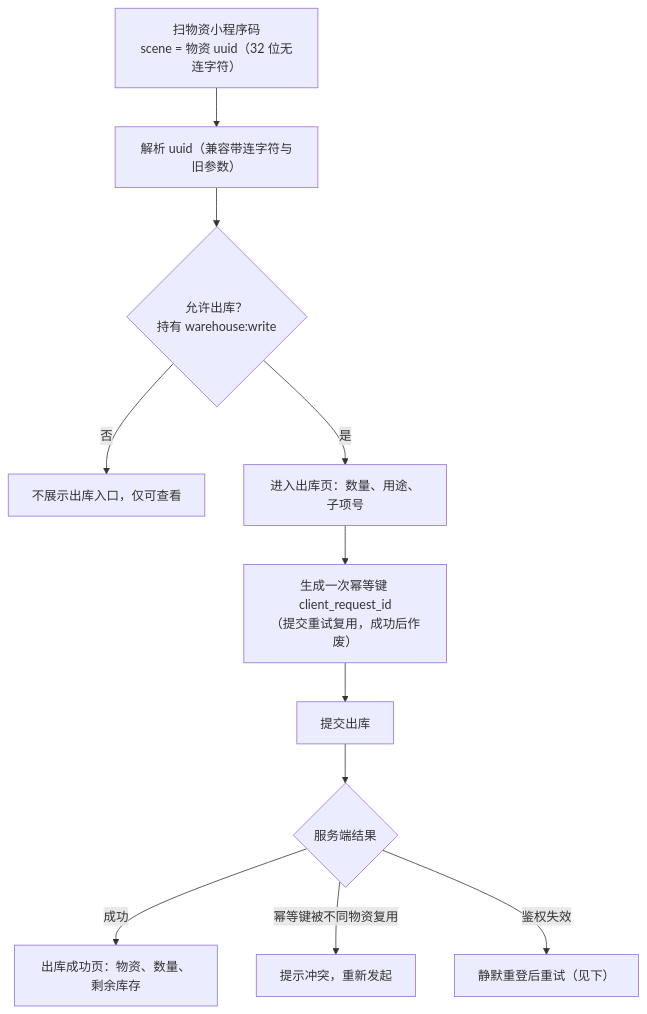
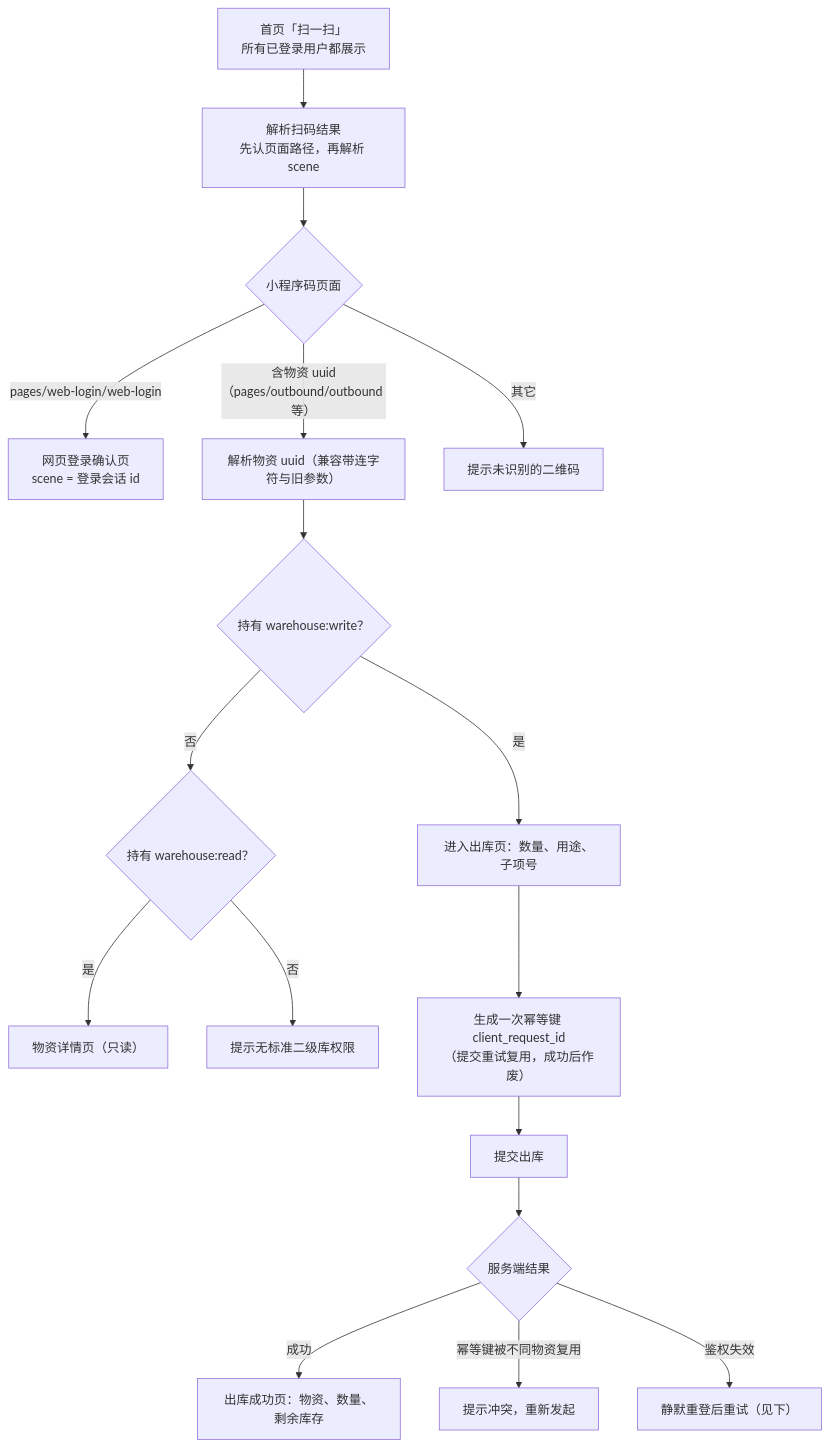
Before and after one commit to Sakana-1314/Electrical-Manager: the seventh of 10 diagrams in docs/websites/pages/dev-architecture.md, drawn with Mermaid. The commit also changed other lines of this file and 10 other files, not shown here.

````diff
--- a/docs/websites/pages/dev-architecture.md
+++ b/docs/websites/pages/dev-architecture.md
@@ -1072,13 +1074,19 @@
 ```mermaid
 flowchart TD
-    A["扫物资小程序码<br/>scene = 物资 uuid（32 位无连字符）"] --> B["解析 uuid（兼容带连字符与旧参数）"]
-    B --> C{"允许出库？<br/>持有 warehouse:write"}
-    C -- "否" --> D["不展示出库入口，仅可查看"]
-    C -- "是" --> E["进入出库页：数量、用途、子项号"]
-    E --> F["生成一次幂等键 client_request_id<br/>（提交重试复用，成功后作废）"]
-    F --> G["提交出库"]
-    G --> H{"服务端结果"}
-    H -- "成功" --> I["出库成功页：物资、数量、剩余库存"]
-    H -- "幂等键被不同物资复用" --> J["提示冲突，重新发起"]
-    H -- "鉴权失效" --> K["静默重登后重试（见下）"]
+    A["首页「扫一扫」<br/>所有已登录用户都展示"] --> B["解析扫码结果<br/>先认页面路径，再解析 scene"]
+    B --> C{"小程序码页面"}
+    C -- "pages/web-login/web-login" --> D["网页登录确认页<br/>scene = 登录会话 id"]
+    C -- "含物资 uuid（pages/outbound/outbound 等）" --> E["解析物资 uuid（兼容带连字符与旧参数）"]
+    C -- "其它" --> K["提示未识别的二维码"]
+    E --> F{"持有 warehouse:write？"}
+    F -- "是" --> G["进入出库页：数量、用途、子项号"]
+    F -- "否" --> H{"持有 warehouse:read？"}
+    H -- "是" --> I["物资详情页（只读）"]
+    H -- "否" --> J["提示无标准二级库权限"]
+    G --> L["生成一次幂等键 client_request_id<br/>（提交重试复用，成功后作废）"]
+    L --> M["提交出库"]
+    M --> N{"服务端结果"}
+    N -- "成功" --> O["出库成功页：物资、数量、剩余库存"]
+    N -- "幂等键被不同物资复用" --> P["提示冲突，重新发起"]
+    N -- "鉴权失效" --> Q["静默重登后重试（见下）"]
 ```
````
